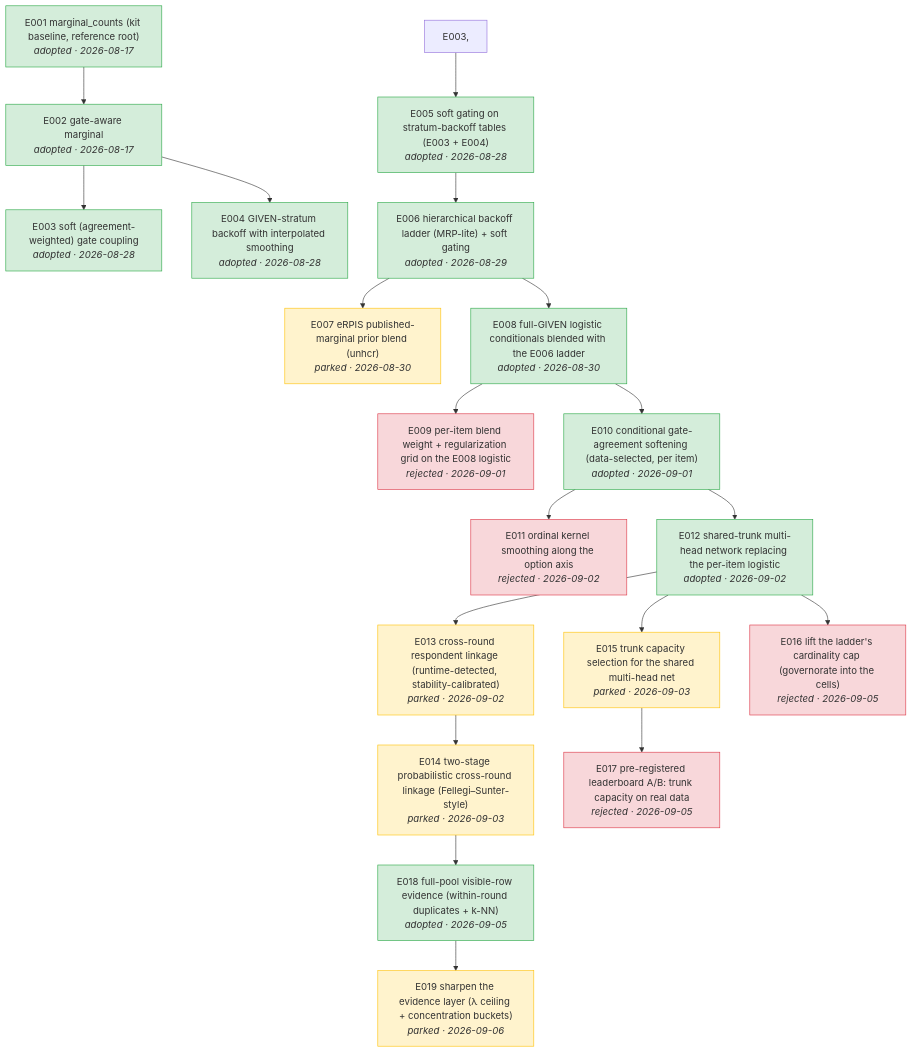
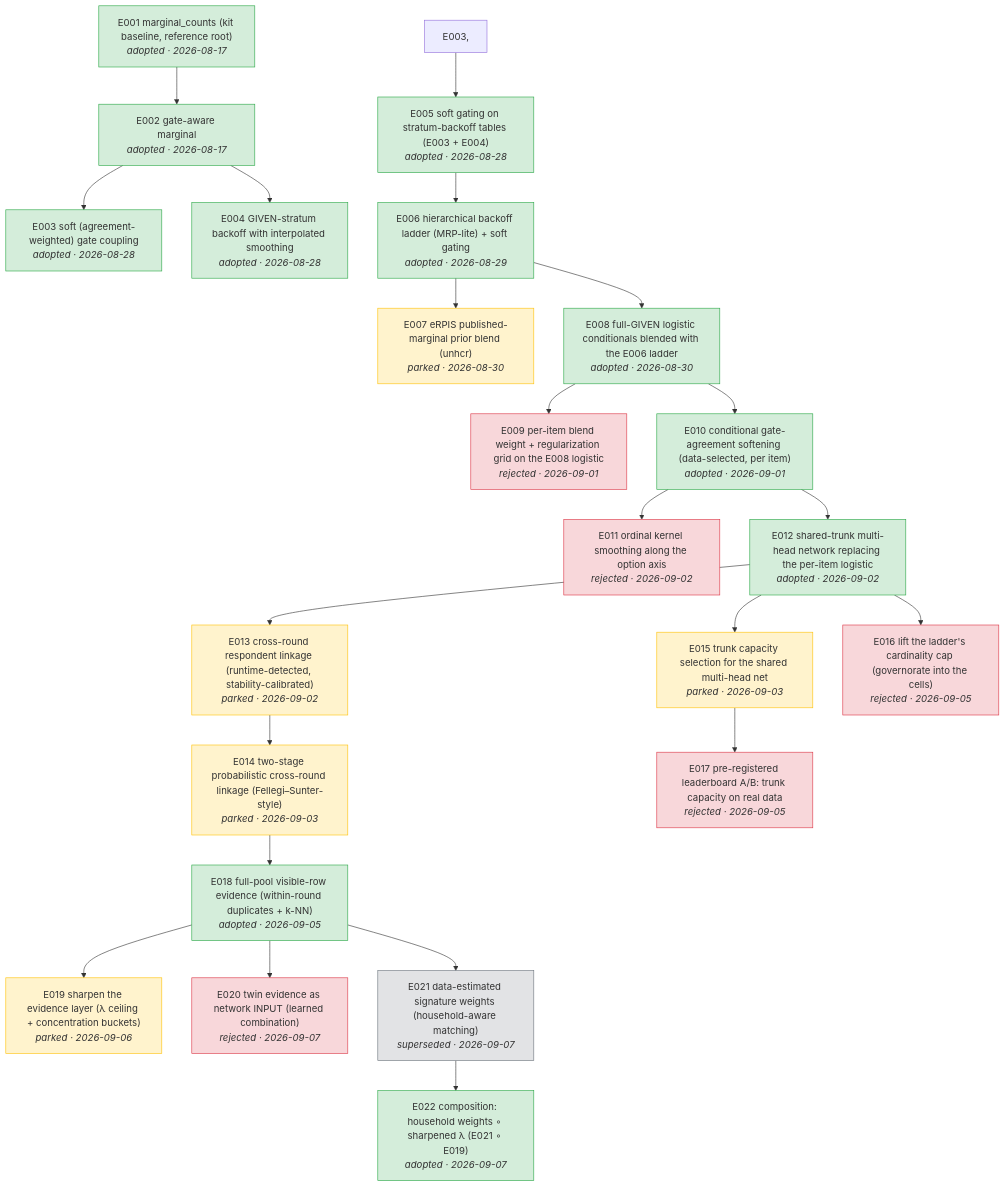
The diagram in docs/tree.md (joon56/Simulacrabench-NeurIPS-2026-), drawn with Mermaid before and after one commit. The commit also changed 14 other files, not shown here.

First line of the commit message:
E020: rejected on sim; E021: household-aware weights (superseded); E022: E021 o E019 composition, submission #12

````diff
--- a/docs/tree.md
+++ b/docs/tree.md
@@ -5,46 +5,54 @@
 ```mermaid
 flowchart TD
     E001["E001 marginal_counts (kit baseline, reference root)<br/><i>adopted · 2026-08-17</i>"]
     E002["E002 gate-aware marginal<br/><i>adopted · 2026-08-17</i>"]
     E001 --> E002
     E003["E003 soft (agreement-weighted) gate coupling<br/><i>adopted · 2026-08-28</i>"]
     E002 --> E003
     E004["E004 GIVEN-stratum backoff with interpolated smoothing<br/><i>adopted · 2026-08-28</i>"]
     E002 --> E004
     E005["E005 soft gating on stratum-backoff tables (E003 + E004)<br/><i>adopted · 2026-08-28</i>"]
     E003, --> E005
     E006["E006 hierarchical backoff ladder (MRP-lite) + soft gating<br/><i>adopted · 2026-08-29</i>"]
     E005 --> E006
     E007["E007 eRPIS published-marginal prior blend (unhcr)<br/><i>parked · 2026-08-30</i>"]
     E006 --> E007
     E008["E008 full-GIVEN logistic conditionals blended with the E006 ladder<br/><i>adopted · 2026-08-30</i>"]
     E006 --> E008
     E009["E009 per-item blend weight + regularization grid on the E008 logistic<br/><i>rejected · 2026-09-01</i>"]
     E008 --> E009
     E010["E010 conditional gate-agreement softening (data-selected, per item)<br/><i>adopted · 2026-09-01</i>"]
     E008 --> E010
     E011["E011 ordinal kernel smoothing along the option axis<br/><i>rejected · 2026-09-02</i>"]
     E010 --> E011
     E012["E012 shared-trunk multi-head network replacing the per-item logistic<br/><i>adopted · 2026-09-02</i>"]
     E010 --> E012
     E013["E013 cross-round respondent linkage (runtime-detected, stability-calibrated)<br/><i>parked · 2026-09-02</i>"]
     E012 --> E013
     E014["E014 two-stage probabilistic cross-round linkage (Fellegi–Sunter-style)<br/><i>parked · 2026-09-03</i>"]
     E013 --> E014
     E015["E015 trunk capacity selection for the shared multi-head net<br/><i>parked · 2026-09-03</i>"]
     E012 --> E015
     E016["E016 lift the ladder's cardinality cap (governorate into the cells)<br/><i>rejected · 2026-09-05</i>"]
     E012 --> E016
     E017["E017 pre-registered leaderboard A/B: trunk capacity on real data<br/><i>rejected · 2026-09-05</i>"]
     E015 --> E017
     E018["E018 full-pool visible-row evidence (within-round duplicates + k-NN)<br/><i>adopted · 2026-09-05</i>"]
     E014 --> E018
     E019["E019 sharpen the evidence layer (λ ceiling + concentration buckets)<br/><i>parked · 2026-09-06</i>"]
     E018 --> E019
+    E020["E020 twin evidence as network INPUT (learned combination)<br/><i>rejected · 2026-09-07</i>"]
+    E018 --> E020
+    E021["E021 data-estimated signature weights (household-aware matching)<br/><i>superseded · 2026-09-07</i>"]
+    E018 --> E021
+    E022["E022 composition: household weights ∘ sharpened λ (E021 ∘ E019)<br/><i>adopted · 2026-09-07</i>"]
+    E021 --> E022
     classDef adopted fill:#d4edda,stroke:#28a745
-    class E001,E002,E003,E004,E005,E006,E008,E010,E012,E018 adopted
+    class E001,E002,E003,E004,E005,E006,E008,E010,E012,E018,E022 adopted
     classDef rejected fill:#f8d7da,stroke:#dc3545
-    class E009,E011,E016,E017 rejected
+    class E009,E011,E016,E017,E020 rejected
     classDef parked fill:#fff3cd,stroke:#ffc107
     class E007,E013,E014,E015,E019 parked
+    classDef superseded fill:#e2e3e5,stroke:#6c757d
+    class E021 superseded
 ```
````
